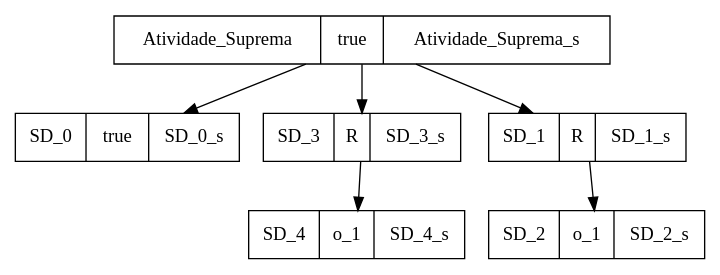
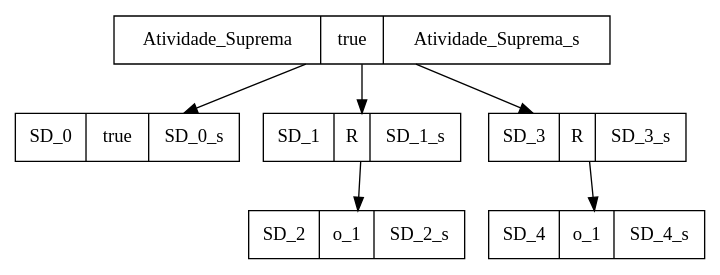
One commit to SPLMC/spl-generator changed the diagram in src/results_joao/3/rdg_rdg.dot. Above: the diagram before and after it, drawn with Graphviz. The commit also changed other lines of this file and 36 other files, not shown here.

```diff
--- a/src/results_joao/3/rdg_rdg.dot
+++ b/src/results_joao/3/rdg_rdg.dot
@@ -1,13 +1,13 @@
 digraph graphname {
 Atividade_Suprema[shape=record, label="{{Atividade_Suprema|true|Atividade_Suprema_s}}"];
 SD_0[shape=record, label="{{SD_0|true|SD_0_s}}"];
+SD_1[shape=record, label="{{SD_1|R|SD_1_s}}"];
+SD_2[shape=record, label="{{SD_2|o_1|SD_2_s}}"];
 SD_3[shape=record, label="{{SD_3|R|SD_3_s}}"];
 SD_4[shape=record, label="{{SD_4|o_1|SD_4_s}}"];
-SD_1[shape=record, label="{{SD_1|R|SD_1_s}}"];
-SD_2[shape=record, label="{{SD_2|o_1|SD_2_s}}"];
 Atividade_Suprema -> SD_0;
+Atividade_Suprema -> SD_1;
+SD_1 -> SD_2;
 Atividade_Suprema -> SD_3;
 SD_3 -> SD_4;
-Atividade_Suprema -> SD_1;
-SD_1 -> SD_2;
 }
```
